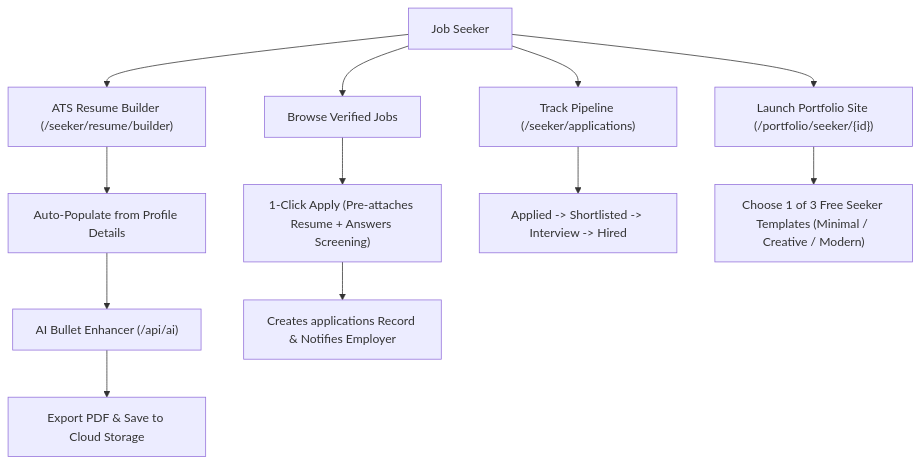
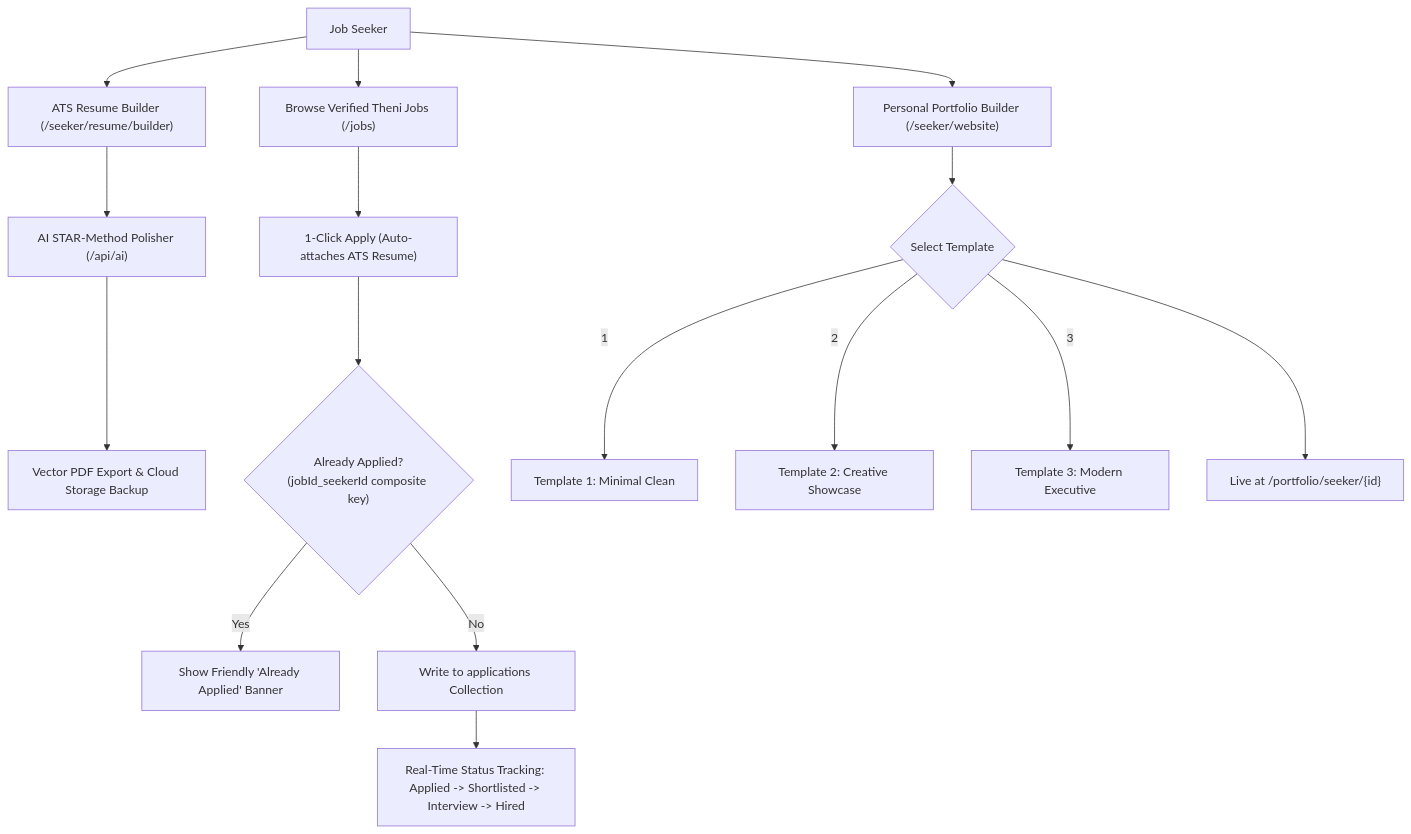
The seventh of 13 diagrams in WORKFLOW.md (SRIESWARAN01/thenijobs-web), drawn with Mermaid before and after one commit. The commit also changed other lines of this file and 3 other files, not shown here.

Commit message:
docs(workflow): master system architecture, complete mermaid diagrams, and end-to-end validation test suite

````diff
--- a/WORKFLOW.md
+++ b/WORKFLOW.md
@@ -181,14 +283,20 @@
 ```mermaid
 flowchart TD
-    Seeker[Job Seeker] --> BuildResume["ATS Resume Builder (/seeker/resume/builder)"]
-    BuildResume --> AutoPopulate["Auto-Populate from Profile Details"]
-    AutoPopulate --> AIEnhance["AI Bullet Enhancer (/api/ai)"]
-    AIEnhance --> ExportPDF["Export PDF & Save to Cloud Storage"]
-    Seeker --> BrowseJobs["Browse Verified Jobs"]
-    BrowseJobs --> Apply["1-Click Apply (Pre-attaches Resume + Answers Screening)"]
-    Apply --> AppDoc["Creates applications Record & Notifies Employer"]
-    Seeker --> TrackStatus["Track Pipeline (/seeker/applications)"]
-    TrackStatus --> LivePills["Applied -> Shortlisted -> Interview -> Hired"]
-    Seeker --> Portfolio["Launch Portfolio Site (/portfolio/seeker/{id})"]
-    Portfolio --> ChooseTemplate["Choose 1 of 3 Free Seeker Templates (Minimal / Creative / Modern)"]
+    Seeker[Job Seeker] --> ResumeBuilder["ATS Resume Builder (/seeker/resume/builder)"]
+    ResumeBuilder --> AIStarEnhancer["AI STAR-Method Polisher (/api/ai)"]
+    AIStarEnhancer --> PDFExport["Vector PDF Export & Cloud Storage Backup"]
+    
+    Seeker --> JobSearch["Browse Verified Theni Jobs (/jobs)"]
+    JobSearch --> Apply["1-Click Apply (Auto-attaches ATS Resume)"]
+    Apply --> DupCheck{"Already Applied?\n(jobId_seekerId composite key)"}
+    DupCheck -->|Yes| BlockDup[Show Friendly 'Already Applied' Banner]
+    DupCheck -->|No| CreateApp[Write to applications Collection]
+    CreateApp --> PipelineUpdate[Real-Time Status Tracking: Applied -> Shortlisted -> Interview -> Hired]
+
+    Seeker --> PortfolioSite["Personal Portfolio Builder (/seeker/website)"]
+    PortfolioSite --> PickTemplate{Select Template}
+    PickTemplate -->|1| MinimalTemplate["Template 1: Minimal Clean"]
+    PickTemplate -->|2| CreativeTemplate["Template 2: Creative Showcase"]
+    PickTemplate -->|3| ModernTemplate["Template 3: Modern Executive"]
+    PickTemplate --> LaunchSite["Live at /portfolio/seeker/{id}"]
 ```
````
